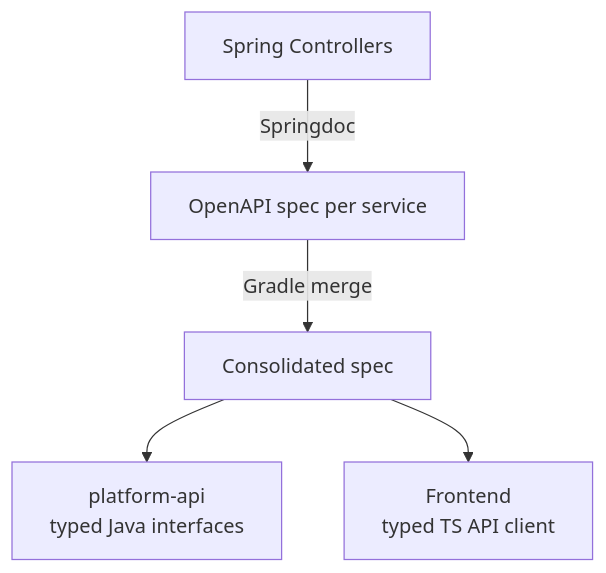
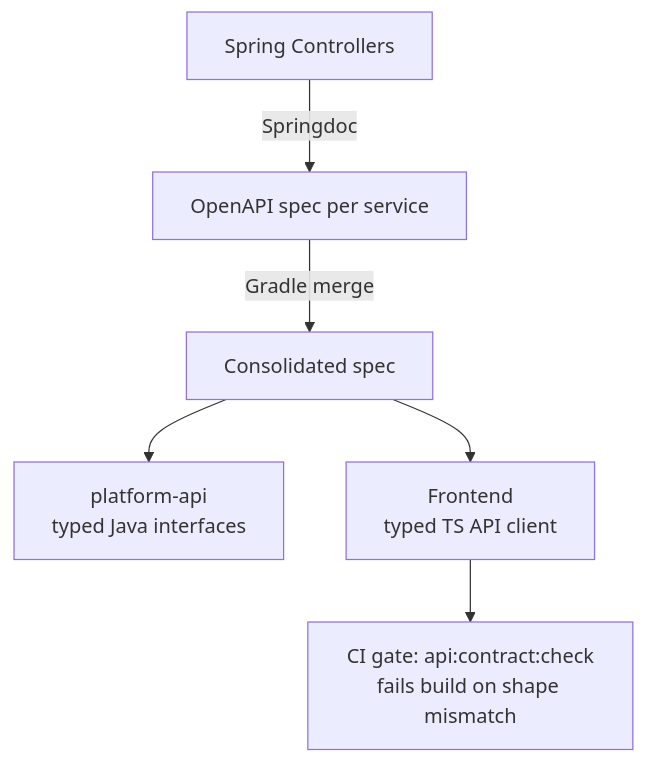
Before and after one commit to WhitehatD/MetricHost: the ninth of 9 diagrams in README.md, drawn with Mermaid. The commit also changed other lines of this file, not shown here.

````diff
--- a/README.md
+++ b/README.md
@@ -316,7 +481,8 @@
 ```mermaid
 flowchart TD
     A[Spring Controllers] -->|Springdoc| B[OpenAPI spec per service]
     B -->|Gradle merge| C[Consolidated spec]
     C --> D[platform-api<br/>typed Java interfaces]
     C --> E[Frontend<br/>typed TS API client]
+    E --> F[CI gate: api:contract:check<br/>fails build on shape mismatch]
 ```
````
